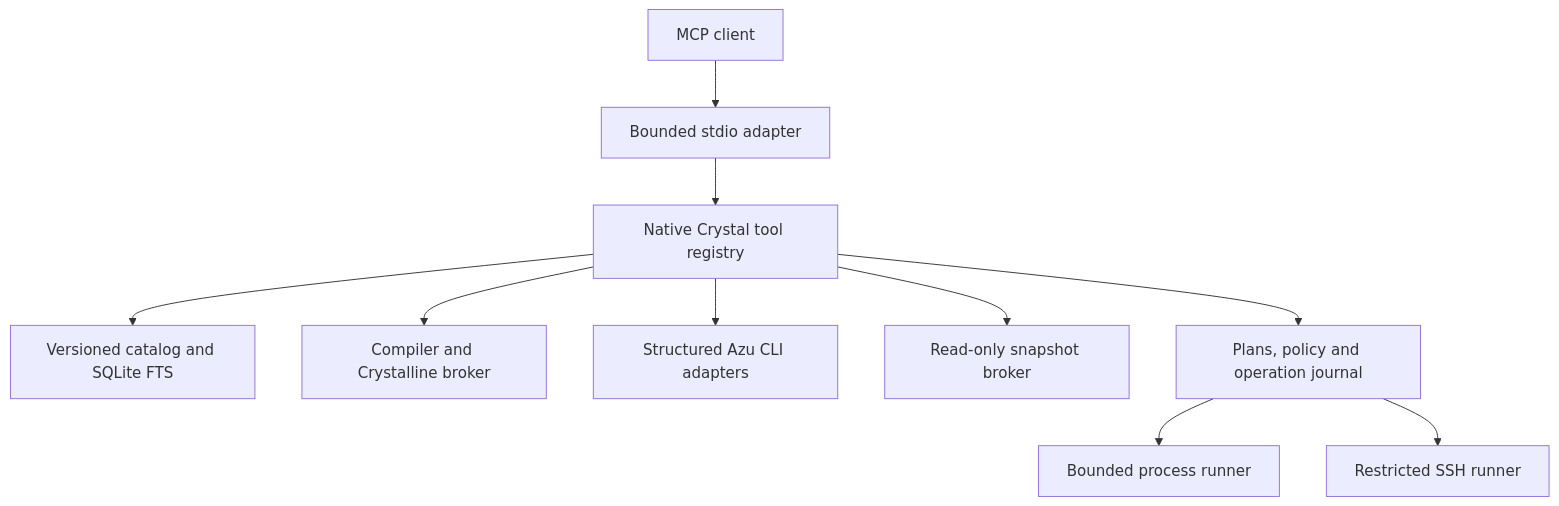
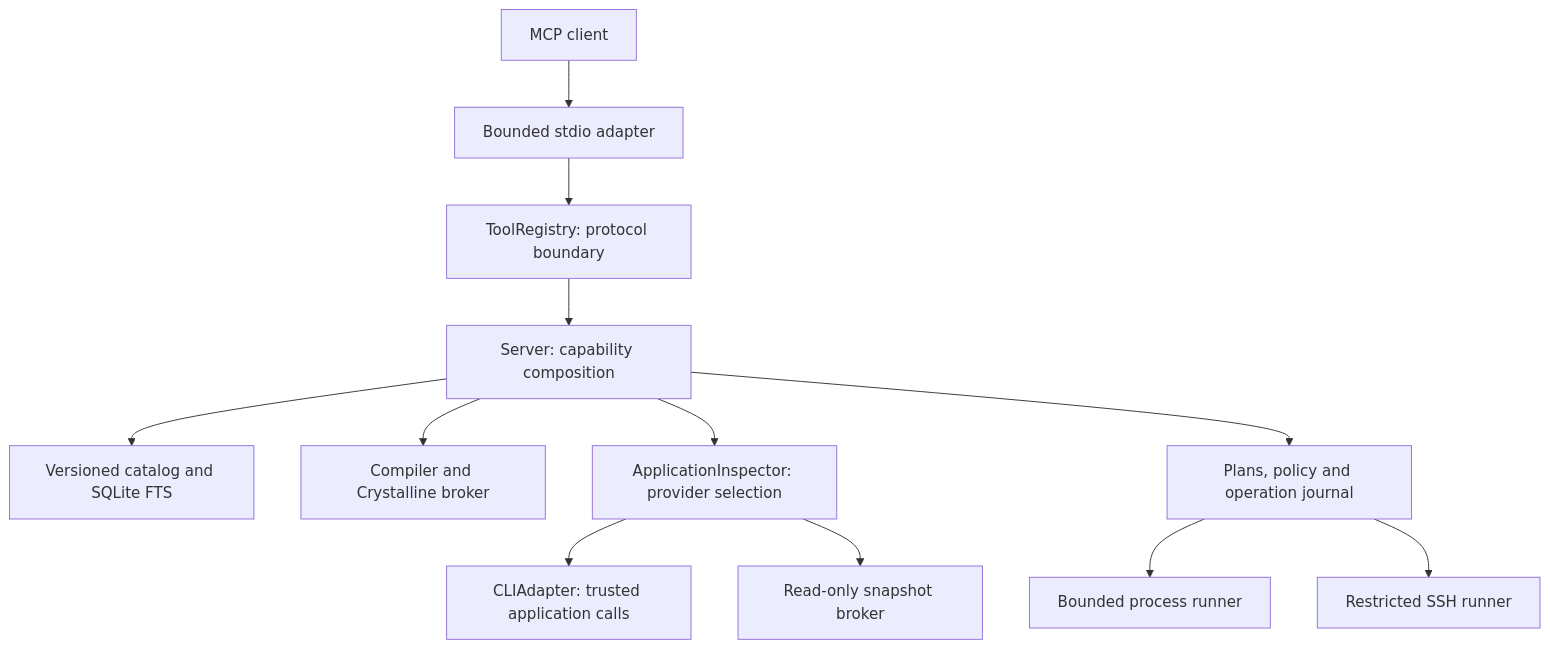
The diagram in docs/architecture.md (azutoolkit/mcp), drawn with Mermaid before and after one commit. The commit also changed other lines of this file and 8 other files, not shown here.

Commit message:
Separate protocol registration from application inspection policy

````diff
--- a/docs/architecture.md
+++ b/docs/architecture.md
@@ -3,12 +3,14 @@
 ```mermaid
 flowchart TD
   Client[MCP client] --> Transport[Bounded stdio adapter]
-  Transport --> Server[Native Crystal tool registry]
+  Transport --> Registry[ToolRegistry: protocol boundary]
+  Registry --> Server[Server: capability composition]
   Server --> Knowledge[Versioned catalog and SQLite FTS]
   Server --> Semantic[Compiler and Crystalline broker]
-  Server --> CLI[Structured Azu CLI adapters]
-  Server --> Telemetry[Read-only snapshot broker]
+  Server --> Inspector[ApplicationInspector: provider selection]
+  Inspector --> CLI[CLIAdapter: trusted application calls]
+  Inspector --> Telemetry[Read-only snapshot broker]
   Server --> Operations[Plans, policy and operation journal]
   Operations --> Local[Bounded process runner]
   Operations --> SSH[Restricted SSH runner]
 ```
````
